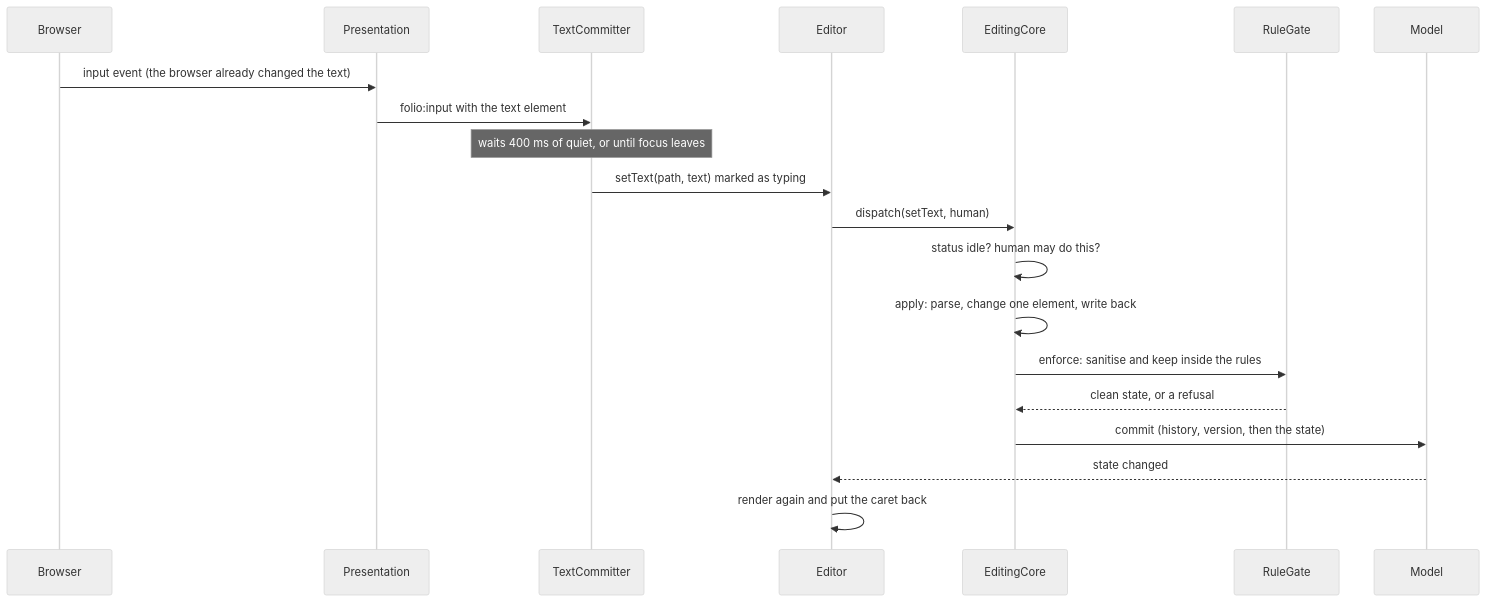
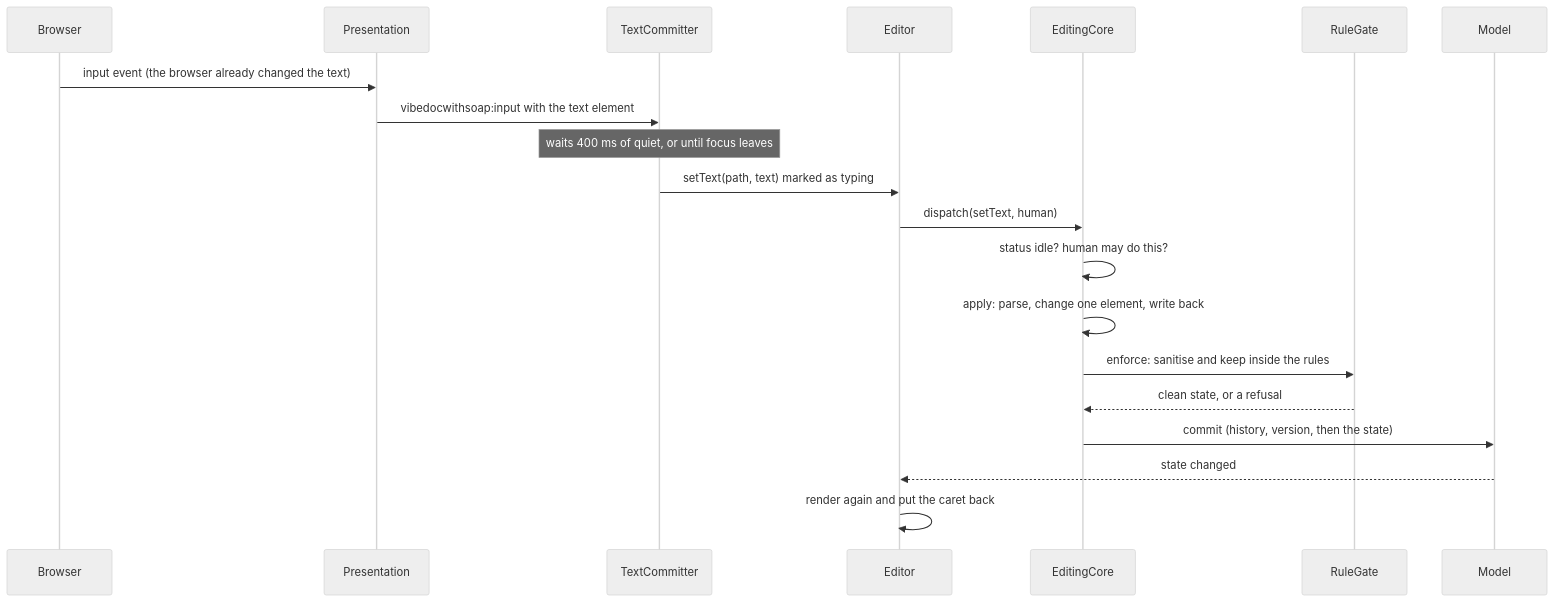
Before and after one commit to EmilKronholm/vibedocwithsoap: the second of 47 diagrams in docs/onboarding.md, drawn with Mermaid (neutral theme). The commit also changed other lines of this file and 65 other files, not shown here.

````diff
--- a/docs/onboarding.md
+++ b/docs/onboarding.md
@@ -145,23 +145,23 @@
 ```mermaid
 sequenceDiagram
   participant B as Browser
   participant P as Presentation
   participant T as TextCommitter
   participant E as Editor
   participant C as EditingCore
   participant G as RuleGate
   participant M as Model
 
   B->>P: input event (the browser already changed the text)
-  P->>T: folio:input with the text element
+  P->>T: vibedocwithsoap:input with the text element
   Note over T: waits 400 ms of quiet, or until focus leaves
   T->>E: setText(path, text) marked as typing
   E->>C: dispatch(setText, human)
   C->>C: status idle? human may do this?
   C->>C: apply: parse, change one element, write back
   C->>G: enforce: sanitise and keep inside the rules
   G-->>C: clean state, or a refusal
   C->>M: commit (history, version, then the state)
   M-->>E: state changed
   E->>E: render again and put the caret back
 ```
````
